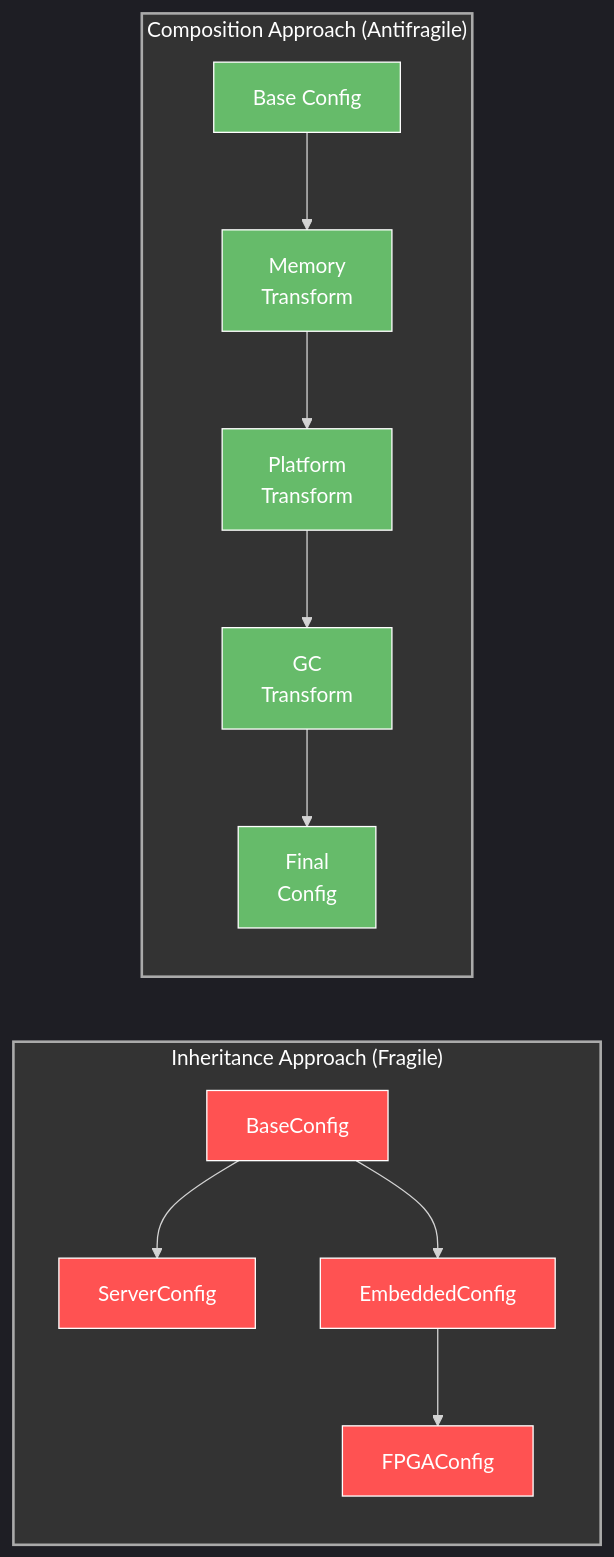
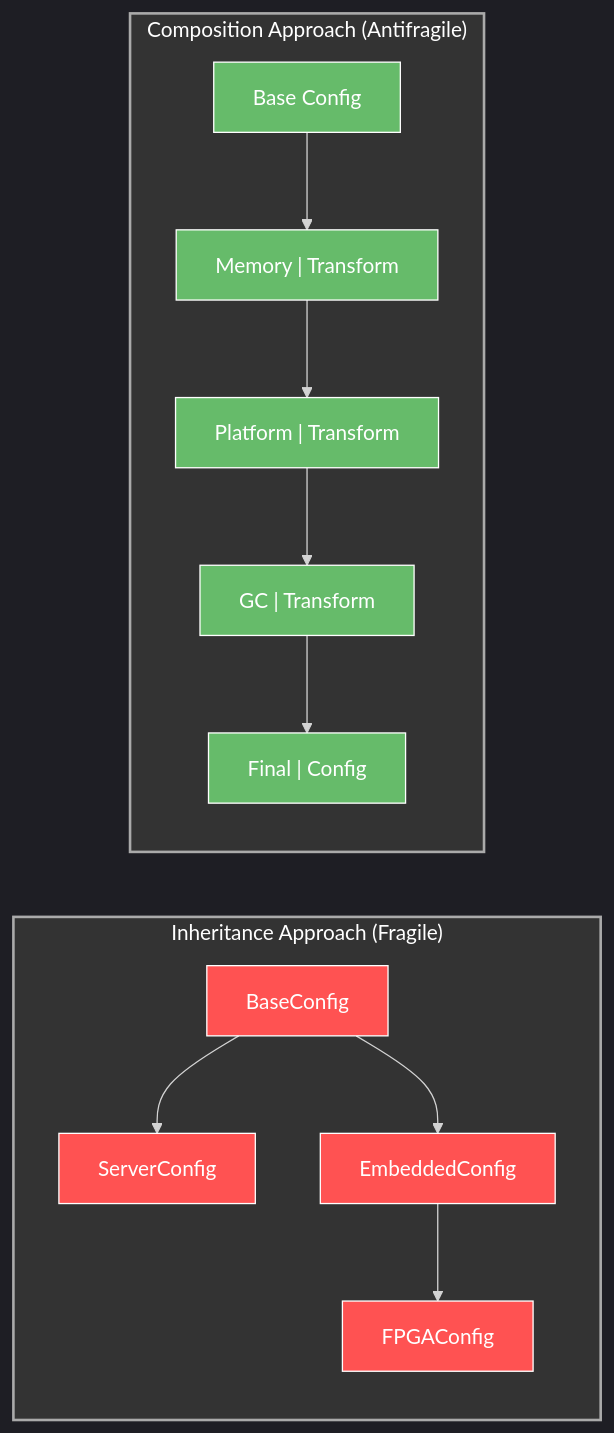
The third of 12 diagrams in 06 Fidelity framework Beyond Resilience.md (houstonhaynes/AD4SDocs), drawn with Mermaid before and after one commit. The commit also changed other lines of this file and 4 other files, not shown here.

Commit message:
Fix mermaid diagrams

````diff
--- a/06 Fidelity framework Beyond Resilience.md
+++ b/06 Fidelity framework Beyond Resilience.md
@@ -155,39 +155,39 @@
 ```mermaid
 %%{init: {'theme': 'dark', 'themeVariables': { 'primaryColor': '#242424', 'primaryTextColor': '#fff', 'primaryBorderColor': '#888', 'lineColor': '#d3d3d3', 'secondaryColor': '#2b2b2b', 'tertiaryColor': '#333' }}}%%
 flowchart LR
     subgraph Inheritance["Inheritance Approach (Fragile)"]
         BaseClass["BaseConfig"]
         ServerClass["ServerConfig"]
         EmbeddedClass["EmbeddedConfig"]
         FPGAClass["FPGAConfig"]
         
         BaseClass --> ServerClass
         BaseClass --> EmbeddedClass
         EmbeddedClass --> FPGAClass
     end
     
     subgraph Composition["Composition Approach (Antifragile)"]
         Base["Base Config"]
-        Transform1["Memory\nTransform"]
-        Transform2["Platform\nTransform"]
-        Transform3["GC\nTransform"]
-        NewConfig["Final\nConfig"]
+        Transform1["Memory | Transform"]
+        Transform2["Platform | Transform"]
+        Transform3["GC | Transform"]
+        NewConfig["Final | Config"]
         
         Base --> Transform1
         Transform1 --> Transform2
         Transform2 --> Transform3
         Transform3 --> NewConfig
     end
     
     style Inheritance fill:#333,stroke:#aaa,stroke-width:2px,color:#fff
     style Composition fill:#333,stroke:#aaa,stroke-width:2px,color:#fff
     style BaseClass fill:#FF5252,stroke:#fff,stroke-width:1px,color:#fff
     style ServerClass fill:#FF5252,stroke:#fff,stroke-width:1px,color:#fff
     style EmbeddedClass fill:#FF5252,stroke:#fff,stroke-width:1px,color:#fff
     style FPGAClass fill:#FF5252,stroke:#fff,stroke-width:1px,color:#fff
     style Base fill:#66BB6A,stroke:#fff,stroke-width:1px,color:#fff
     style Transform1 fill:#66BB6A,stroke:#fff,stroke-width:1px,color:#fff
     style Transform2 fill:#66BB6A,stroke:#fff,stroke-width:1px,color:#fff
     style Transform3 fill:#66BB6A,stroke:#fff,stroke-width:1px,color:#fff
     style NewConfig fill:#66BB6A,stroke:#fff,stroke-width:1px,color:#fff
 ```
````
